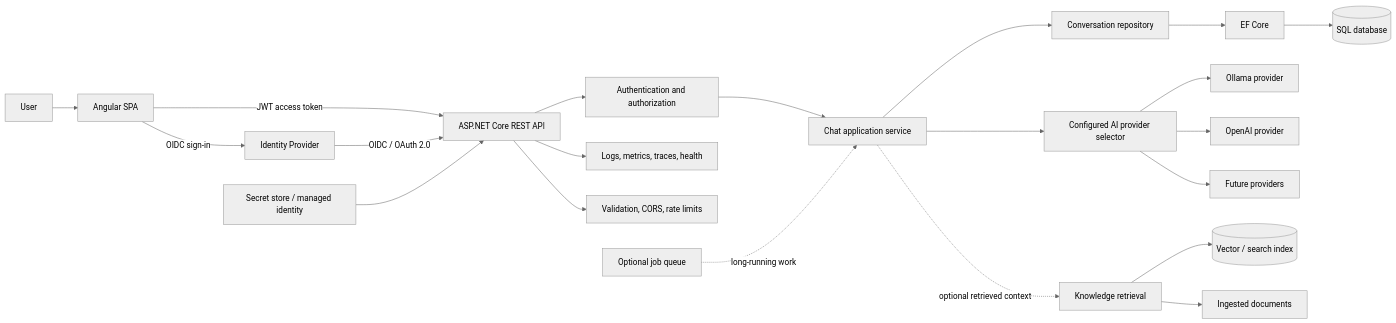
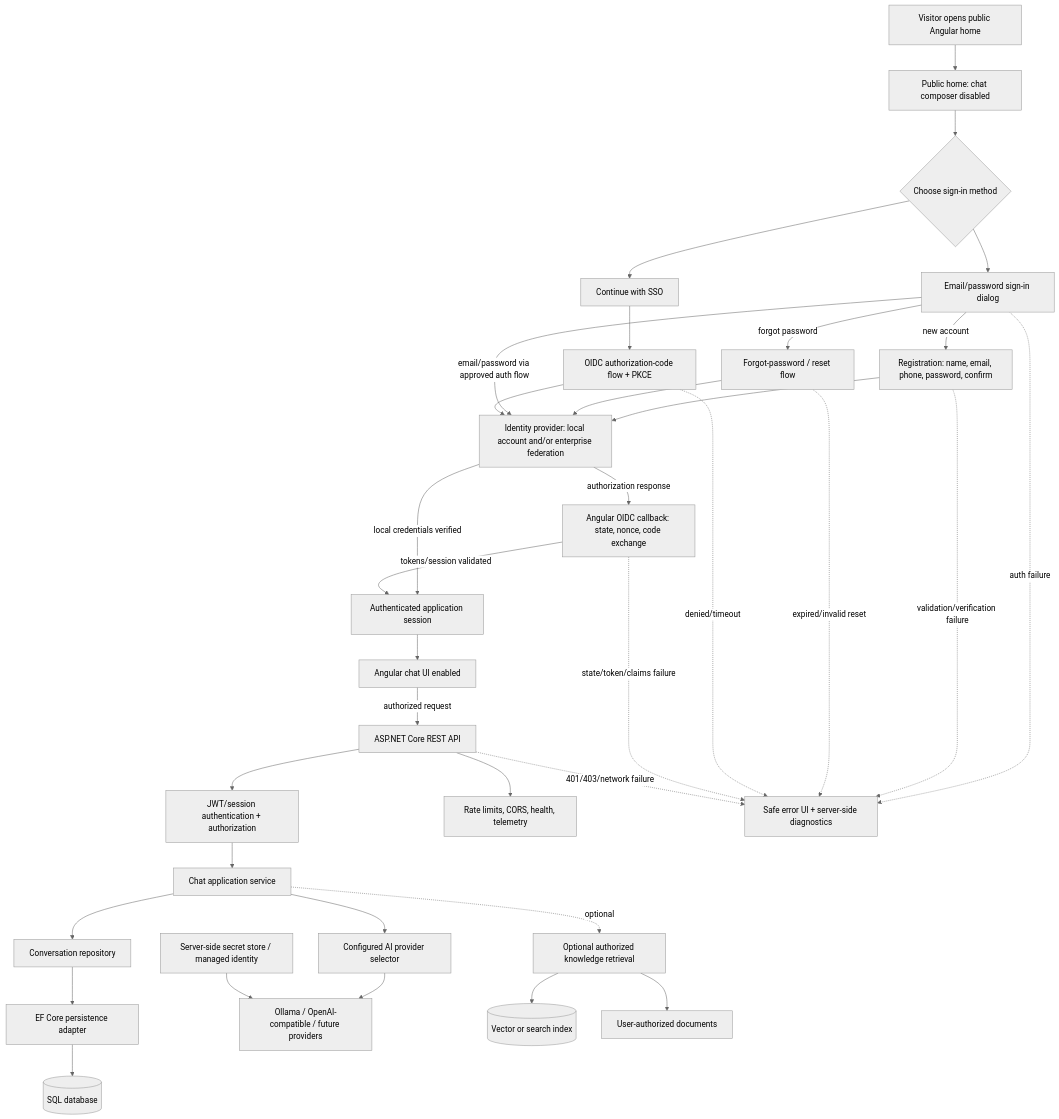
One commit to vikaskumar117/AIChatApplication changed the diagram in PROJECT_ROADMAP.md. Above: the diagram before and after it, drawn with Mermaid (neutral theme). The commit also changed other lines of this file and 4 other files, not shown here.

Commit message:
Document gated chat login and SSO flows

````diff
--- a/PROJECT_ROADMAP.md
+++ b/PROJECT_ROADMAP.md
@@ -19,25 +19,57 @@
 ```mermaid
-flowchart LR
-    User[User] --> Angular[Angular SPA]
-    Angular -->|OIDC sign-in| IdP[Identity Provider]
-    Angular -->|JWT access token| API[ASP.NET Core REST API]
-    IdP -->|OIDC / OAuth 2.0| API
+flowchart TB
+    Visitor[Visitor opens public Angular home]
+    Home[Public home: chat composer disabled]
+    Choice{Choose sign-in method}
+    LocalUI[Email/password sign-in dialog]
+    Register[Registration: name, email, phone, password, confirm]
+    Recovery[Forgot-password / reset flow]
+    SSOButton[Continue with SSO]
+    OIDC[OIDC authorization-code flow + PKCE]
+    IdP[Identity provider: local account and/or enterprise federation]
+    Callback[Angular OIDC callback: state, nonce, code exchange]
+    Session[Authenticated application session]
+    Angular[Angular chat UI enabled]
+    API[ASP.NET Core REST API]
+    Auth[JWT/session authentication + authorization]
+    Chat[Chat application service]
+    Repo[Conversation repository]
+    EF[EF Core persistence adapter]
+    DB[(SQL database)]
+    Selector[Configured AI provider selector]
+    Models[Ollama / OpenAI-compatible / future providers]
+    RAG[Optional authorized knowledge retrieval]
+    Search[(Vector or search index)]
+    Docs[User-authorized documents]
+    Ops[Rate limits, CORS, health, telemetry]
+    Secrets[Server-side secret store / managed identity]
+    Failure[Safe error UI + server-side diagnostics]
 
-    API --> Auth[Authentication and authorization]
-    Auth --> Chat[Chat application service]
-    Chat --> Repo[Conversation repository]
-    Repo --> EF[EF Core]
-    EF --> DB[(SQL database)]
-    Chat --> Selector[Configured AI provider selector]
-    Selector --> Ollama[Ollama provider]
-    Selector --> OpenAI[OpenAI provider]
-    Selector --> Future[Future providers]
-    Chat -. optional retrieved context .-> RAG[Knowledge retrieval]
-    RAG --> Vector[(Vector / search index)]
-    RAG --> Docs[Ingested documents]
-
-    API --> Telemetry[Logs, metrics, traces, health]
-    API --> Limits[Validation, CORS, rate limits]
-    Secrets[Secret store / managed identity] --> API
-    Queue[Optional job queue] -. long-running work .-> Chat
+    Visitor --> Home --> Choice
+    Choice --> LocalUI
+    LocalUI -->|new account| Register
+    LocalUI -->|forgot password| Recovery
+    Register --> IdP
+    Recovery --> IdP
+    LocalUI -->|email/password via approved auth flow| IdP
+    IdP -->|local credentials verified| Session
+    Choice --> SSOButton --> OIDC --> IdP
+    IdP -->|authorization response| Callback
+    Callback -->|tokens/session validated| Session
+    Session --> Angular
+    Angular -->|authorized request| API
+    API --> Auth --> Chat
+    Chat --> Repo --> EF --> DB
+    Chat --> Selector --> Models
+    Chat -. optional .-> RAG
+    RAG --> Search
+    RAG --> Docs
+    API --> Ops
+    Secrets --> Models
+    LocalUI -. auth failure .-> Failure
+    Register -. validation/verification failure .-> Failure
+    Recovery -. expired/invalid reset .-> Failure
+    OIDC -. denied/timeout .-> Failure
+    Callback -. state/token/claims failure .-> Failure
+    API -. 401/403/network failure .-> Failure
 ```
````
